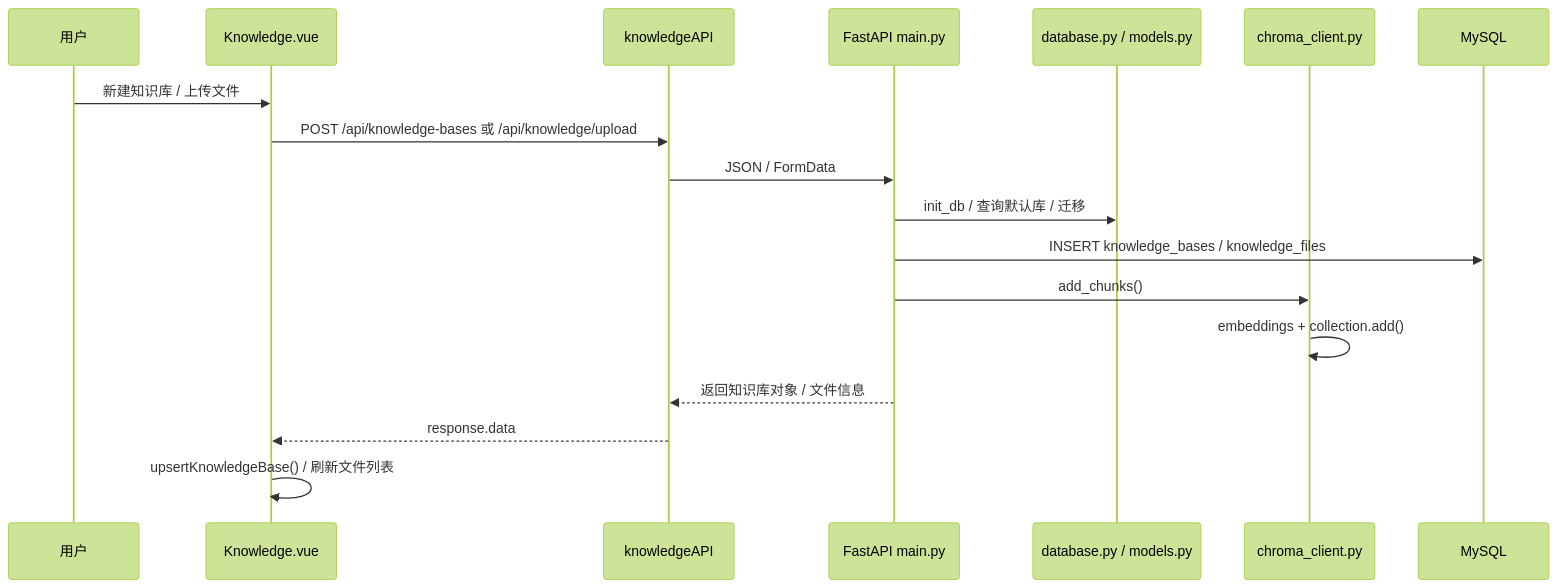
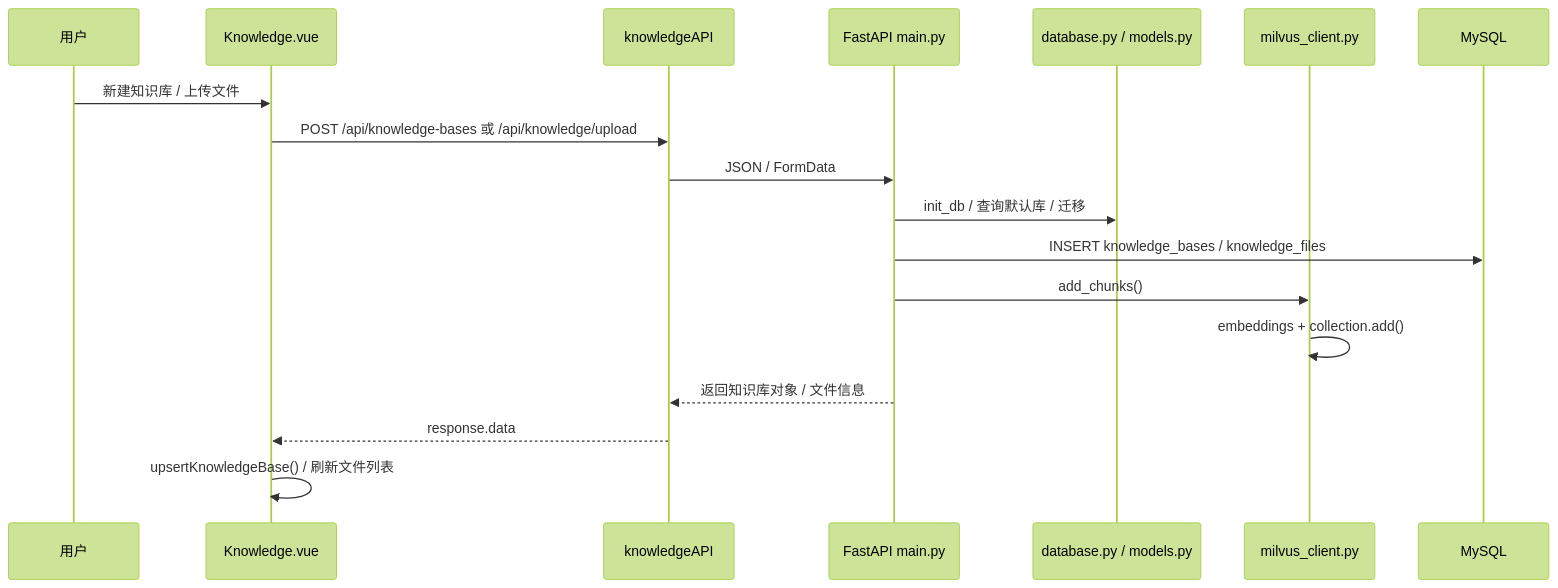
One commit to baiye-banned/Agent_about_answer changed the sixth of 8 diagrams in docs/PROJECT_ARCHITECTURE_FULL.md. Above: the diagram before and after it, drawn with Mermaid (forest theme). The commit also changed other lines of this file and 83 other files, not shown here.

````diff
--- a/docs/PROJECT_ARCHITECTURE_FULL.md
+++ b/docs/PROJECT_ARCHITECTURE_FULL.md
@@ -329,21 +328,21 @@
 ```mermaid
 sequenceDiagram
   participant U as 用户
   participant K as Knowledge.vue
   participant API as knowledgeAPI
   participant B as FastAPI main.py
   participant DB as database.py / models.py
-  participant C as chroma_client.py
+  participant C as milvus_client.py
   participant M as MySQL
 
   U->>K: 新建知识库 / 上传文件
   K->>API: POST /api/knowledge-bases 或 /api/knowledge/upload
   API->>B: JSON / FormData
   B->>DB: init_db / 查询默认库 / 迁移
   B->>M: INSERT knowledge_bases / knowledge_files
   B->>C: add_chunks()
   C->>C: embeddings + collection.add()
   B-->>API: 返回知识库对象 / 文件信息
   API-->>K: response.data
   K->>K: upsertKnowledgeBase() / 刷新文件列表
 ```
````
